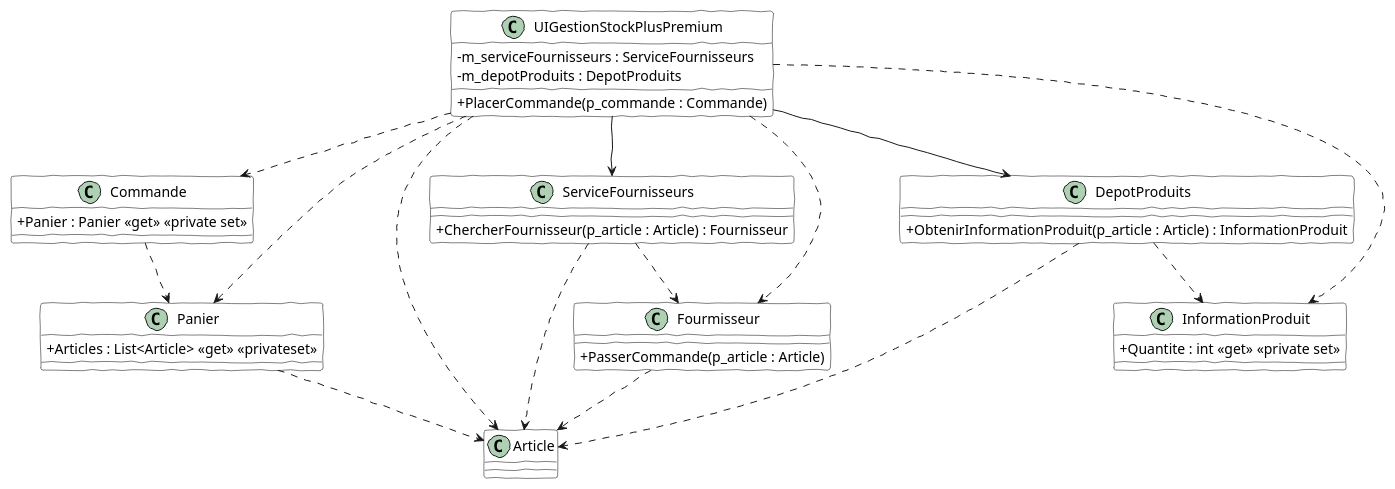
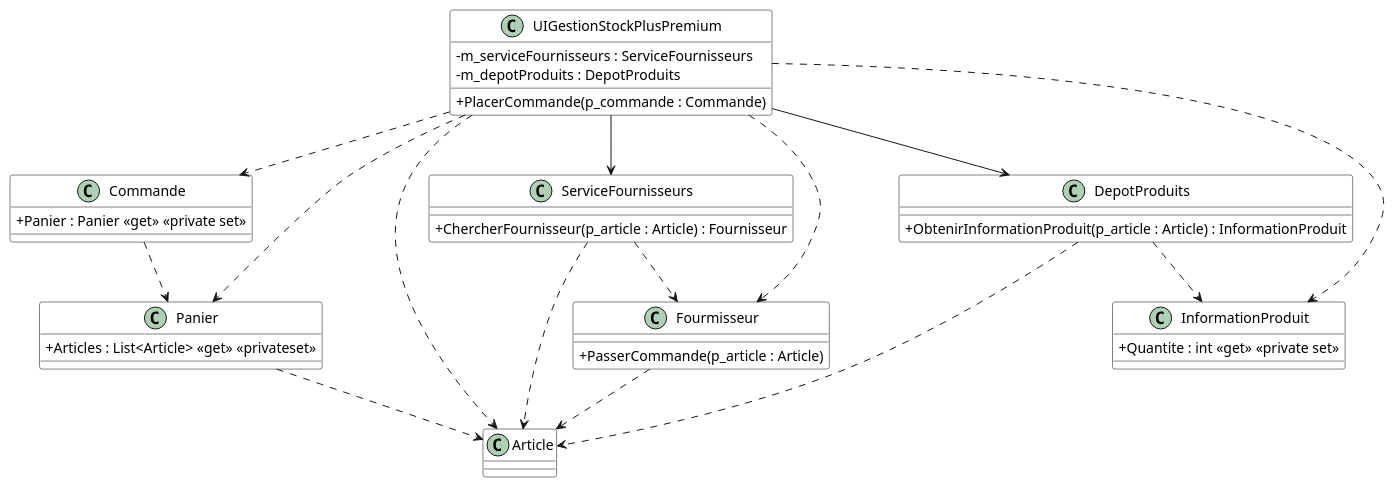
The diagram in Module11_Demeter_TellDontAsk/diag/src/DiagClassesDemeter02.wsd (PiFou86/420-W20-SF), drawn with PlantUML before and after one commit. The commit also changed 1 other file, not shown here.

Commit message:
Modification affichage diagramme

```diff
--- a/Module11_Demeter_TellDontAsk/diag/src/DiagClassesDemeter02.wsd
+++ b/Module11_Demeter_TellDontAsk/diag/src/DiagClassesDemeter02.wsd
@@ -1,58 +1,58 @@
 @startuml Demeter02
 skinparam classAttributeIconSize 0
-skinparam handwritten true
+'skinparam handwritten true
 skinparam class {
     BackgroundColor White
     BorderColor #000
 }
 
 UIGestionStockPlusPremium ..> Commande
 UIGestionStockPlusPremium ..> Panier
 UIGestionStockPlusPremium ..> Article
 UIGestionStockPlusPremium --> ServiceFournisseurs
 UIGestionStockPlusPremium --> DepotProduits
 UIGestionStockPlusPremium ..> InformationProduit
 UIGestionStockPlusPremium ..> Fourmisseur
 
 Commande ..> Panier
 
 DepotProduits ..> Article
 DepotProduits ..> InformationProduit
 
 Fourmisseur ..> Article
 
 ServiceFournisseurs ..> Article
 ServiceFournisseurs ..> Fourmisseur
 
 Panier ..> Article
 
 class UIGestionStockPlusPremium {
     - m_serviceFournisseurs : ServiceFournisseurs
     - m_depotProduits : DepotProduits
     + PlacerCommande(p_commande : Commande)
 }
 
 class Commande {
     + Panier : Panier <<get>> <<private set>>
 }
 
 class Panier {
     + Articles : List<Article> <<get>> <<privateset>>
 }
 
 class DepotProduits {
     + ObtenirInformationProduit(p_article : Article) : InformationProduit
 }
 
 class ServiceFournisseurs {
     + ChercherFournisseur(p_article : Article) : Fournisseur
 }
 
 class InformationProduit {
     + Quantite : int <<get>> <<private set>>
 }
 
 class Fourmisseur {
     + PasserCommande(p_article : Article)
 }
 @enduml
```
